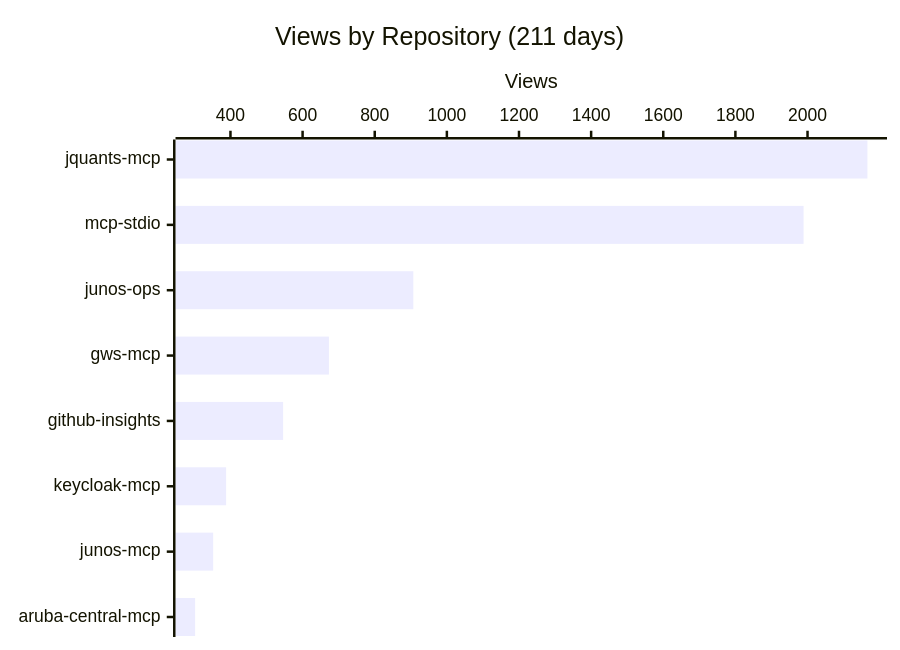
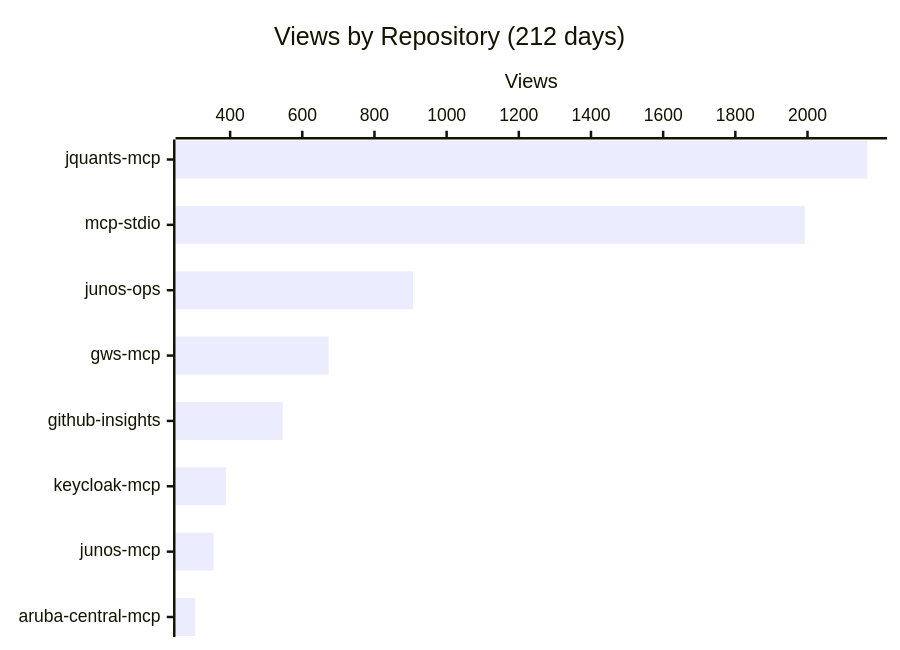
One commit to shigechika/github-insights changed the first of 4 diagrams in README.md. Above: the diagram before and after it, drawn with Mermaid. The commit also changed other lines of this file and 2 other files, not shown here.

````diff
--- a/README.md
+++ b/README.md
@@ -18,7 +18,7 @@
 ```mermaid
 xychart-beta horizontal
-    title "Views by Repository (211 days)"
+    title "Views by Repository (212 days)"
     x-axis ["jquants-mcp", "mcp-stdio", "junos-ops", "gws-mcp", "github-insights", "keycloak-mcp", "junos-mcp", "aruba-central-mcp"]
     y-axis "Views"
-    bar [2166, 1989, 907, 673, 546, 388, 352, 302]
+    bar [2166, 1992, 907, 673, 546, 389, 354, 303]
 ```
````
